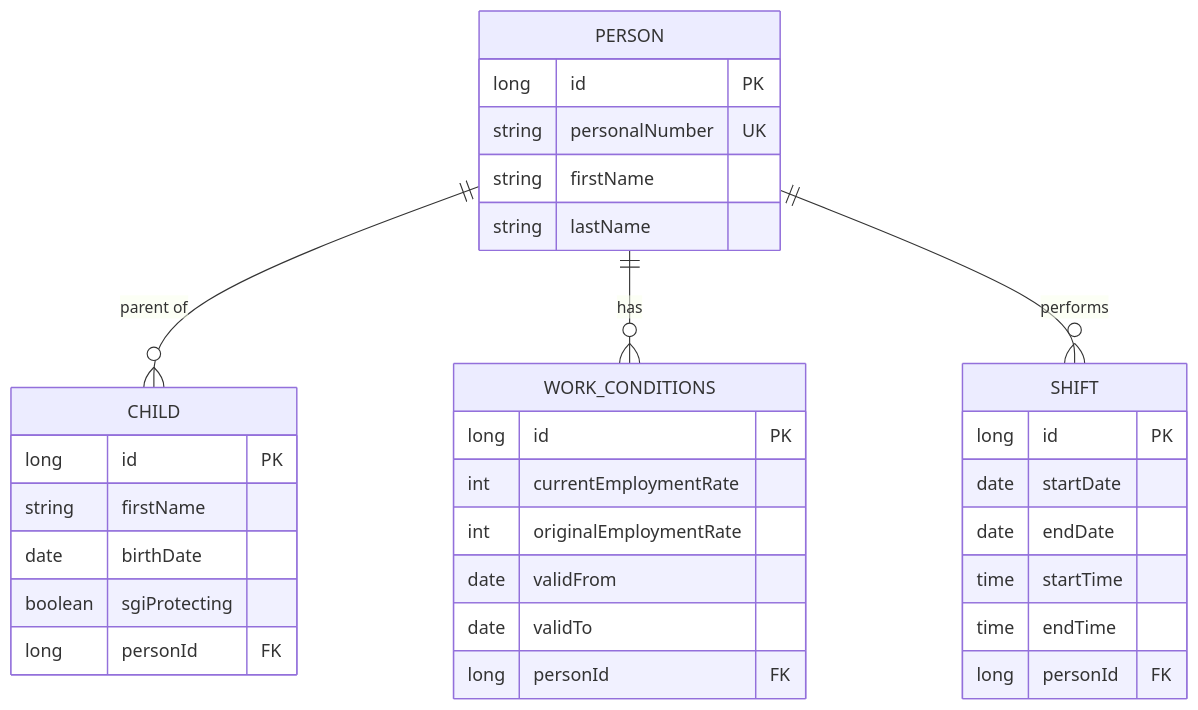
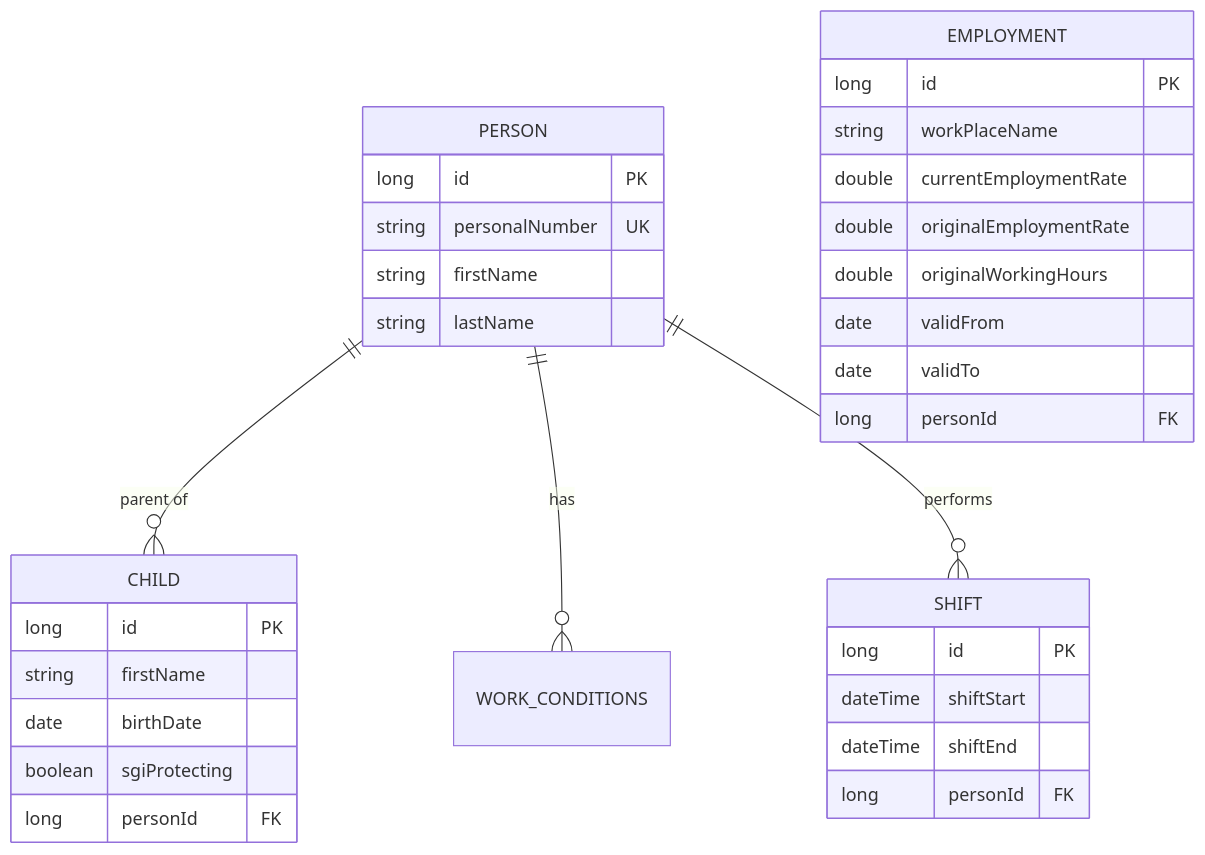
One commit to annlolil/sgi-guard changed the diagram in README.md. Above: the diagram before and after it, drawn with Mermaid. The commit also changed other lines of this file, not shown here.

````diff
--- a/README.md
+++ b/README.md
@@ -25,39 +24,39 @@
 ```mermaid
 erDiagram
     PERSON ||--o{ CHILD : "parent of"
     PERSON ||--o{ WORK_CONDITIONS : "has"
     PERSON ||--o{ SHIFT : "performs"
 
     PERSON {
         long id PK
         string personalNumber UK
         string firstName
         string lastName
     }
 
     CHILD {
         long id PK
         string firstName
         date birthDate
         boolean sgiProtecting
         long personId FK
     }
 
-    WORK_CONDITIONS {
+    EMPLOYMENT {
         long id PK
-        int currentEmploymentRate
-        int originalEmploymentRate
+        string workPlaceName
+        double currentEmploymentRate
+        double originalEmploymentRate
+        double originalWorkingHours
         date validFrom
         date validTo
         long personId FK
     }
 
     SHIFT {
         long id PK
-        date startDate
-        date endDate
-        time startTime
-        time endTime
+        dateTime shiftStart
+        dateTime shiftEnd
         long personId FK
     }
 ```
````
